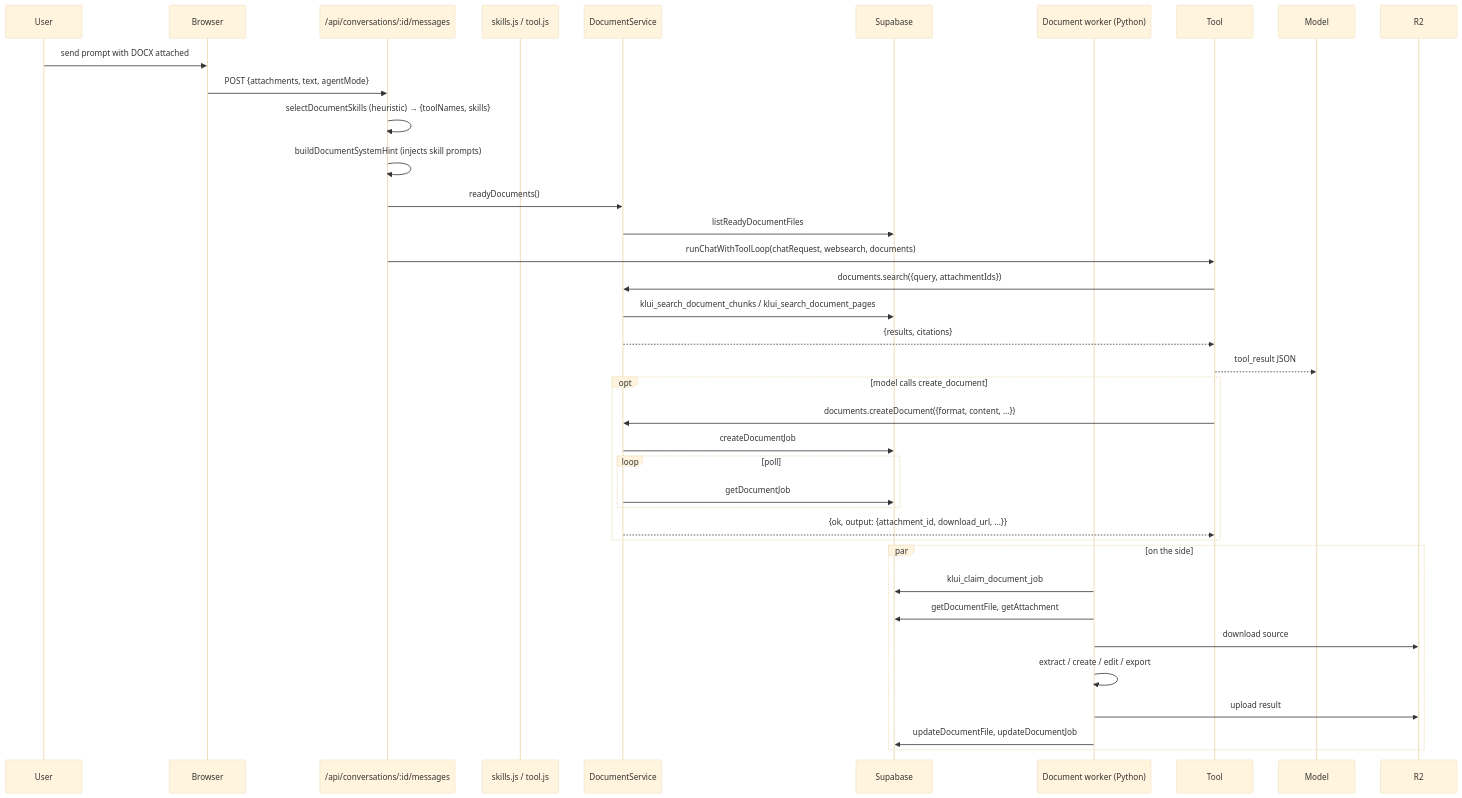
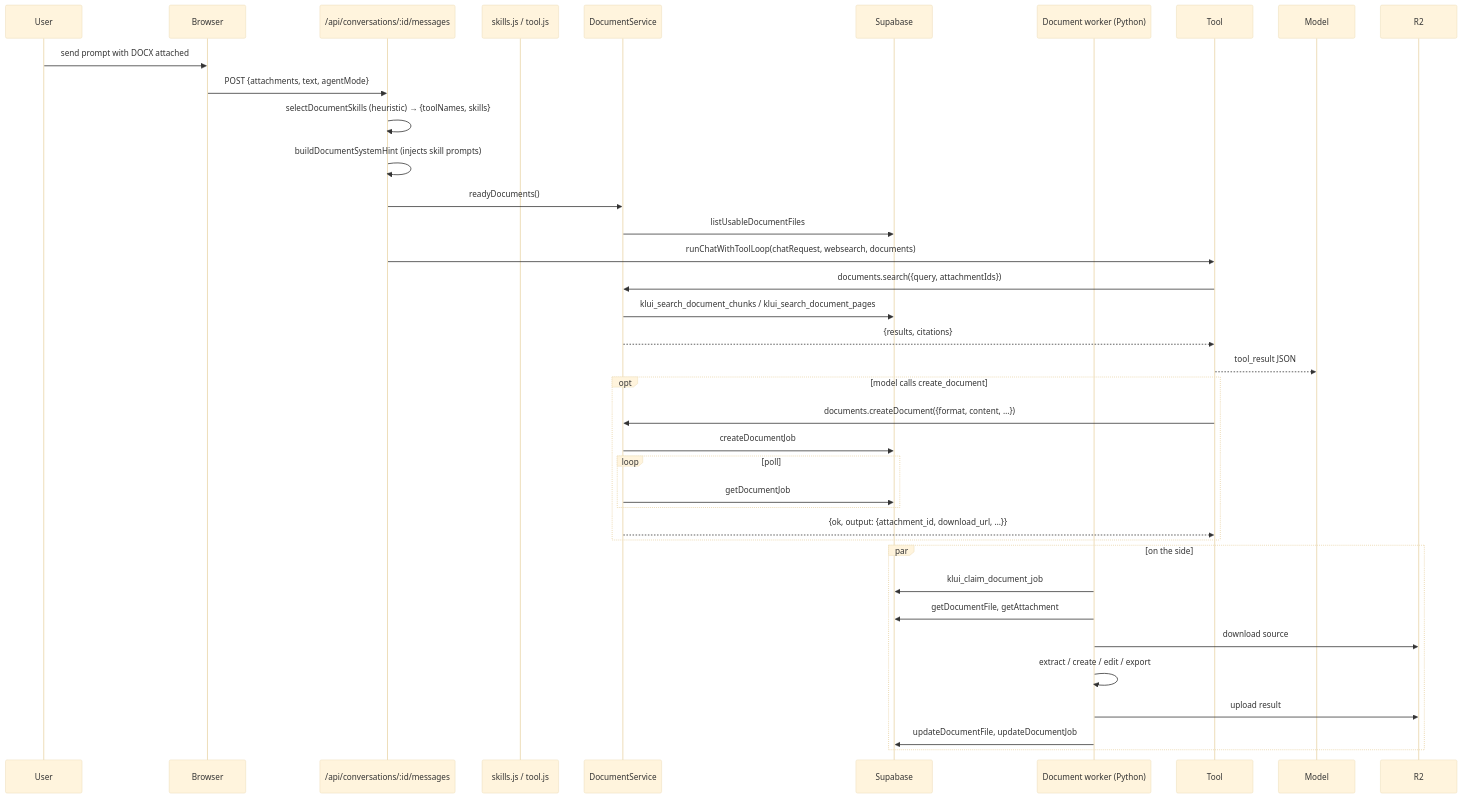
The fourth of 6 diagrams in ARCHITECTURE.md (Arya-Sankhe/Chat), drawn with Mermaid (base theme) before and after one commit. The commit also changed other lines of this file and 33 other files, not shown here.

````diff
--- a/ARCHITECTURE.md
+++ b/ARCHITECTURE.md
@@ -516,38 +523,38 @@
 ```mermaid
 sequenceDiagram
     participant U as User
     participant B as Browser
     participant API as /api/conversations/:id/messages
     participant SK as skills.js / tool.js
     participant DS as DocumentService
     participant SB as Supabase
     participant W as Document worker (Python)
 
     U->>B: send prompt with DOCX attached
     B->>API: POST {attachments, text, agentMode}
     API->>API: selectDocumentSkills (heuristic) → {toolNames, skills}
     API->>API: buildDocumentSystemHint (injects skill prompts)
     API->>DS: readyDocuments()
-    DS->>SB: listReadyDocumentFiles
+    DS->>SB: listUsableDocumentFiles
     API->>Tool: runChatWithToolLoop(chatRequest, websearch, documents)
     Tool->>DS: documents.search({query, attachmentIds})
     DS->>SB: klui_search_document_chunks / klui_search_document_pages
     DS-->>Tool: {results, citations}
     Tool-->>Model: tool_result JSON
     opt model calls create_document
         Tool->>DS: documents.createDocument({format, content, …})
         DS->>SB: createDocumentJob
         loop poll
             DS->>SB: getDocumentJob
         end
         DS-->>Tool: {ok, output: {attachment_id, download_url, …}}
     end
     par on the side
         W->>SB: klui_claim_document_job
         W->>SB: getDocumentFile, getAttachment
         W->>R2: download source
         W->>W: extract / create / edit / export
         W->>R2: upload result
         W->>SB: updateDocumentFile, updateDocumentJob
     end
 ```
````
